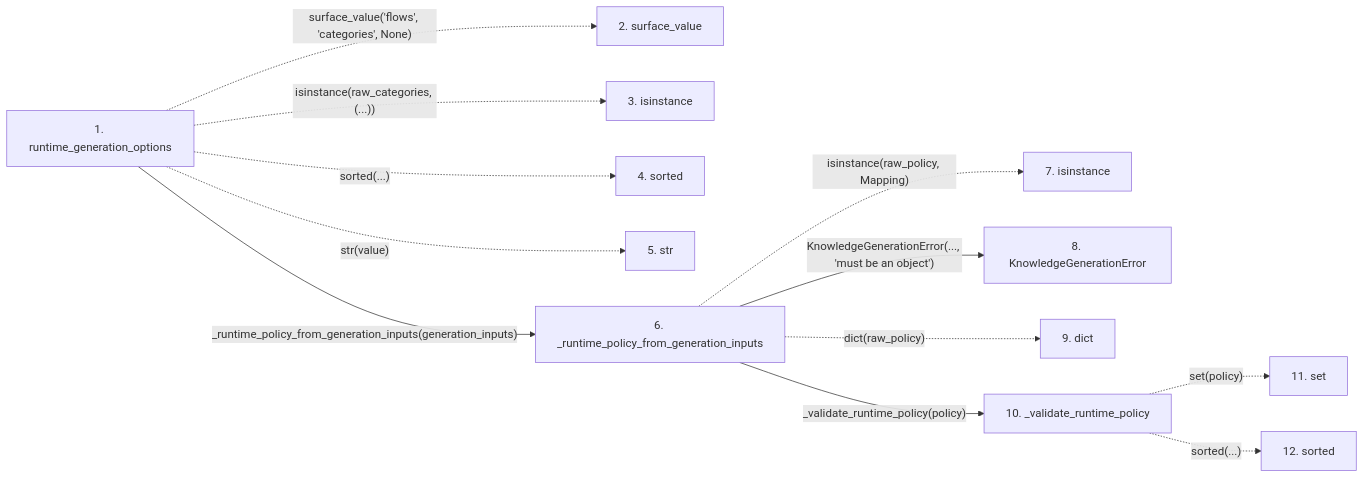
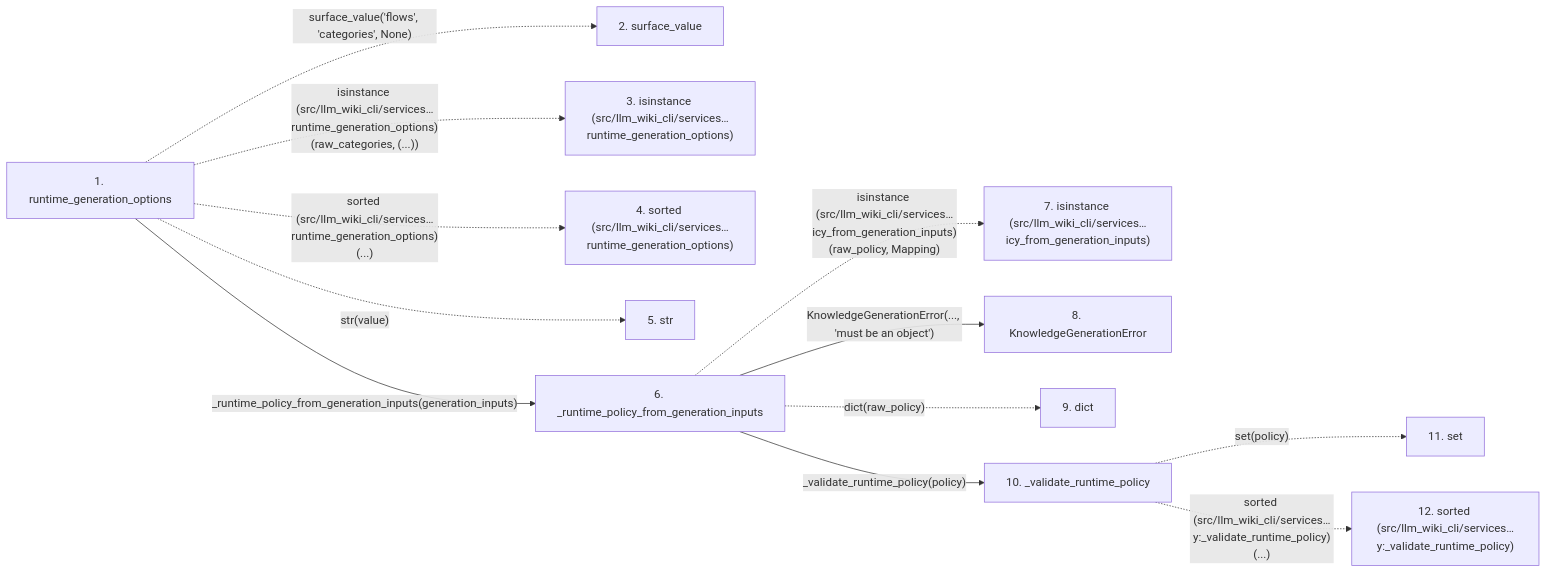
The second of 2 diagrams in docs/llm_wiki/flows/api-runtime_generation_options.md (Denissvgn/python-wiki-llm), drawn with Mermaid before and after one commit. The commit also changed other lines of this file and 719 other files, not shown here.

````diff
--- a/docs/llm_wiki/flows/api-runtime_generation_options.md
+++ b/docs/llm_wiki/flows/api-runtime_generation_options.md
@@ -58,30 +61,30 @@
 ```mermaid
 flowchart LR
     s1["1. runtime_generation_options"]
     s2["2. surface_value"]
-    s3["3. isinstance"]
-    s4["4. sorted"]
+    s3["3. isinstance (src/llm_wiki_cli/services…runtime_generation_options)"]
+    s4["4. sorted (src/llm_wiki_cli/services…runtime_generation_options)"]
     s5["5. str"]
     s6["6. _runtime_policy_from_generation_inputs"]
-    s7["7. isinstance"]
+    s7["7. isinstance (src/llm_wiki_cli/services…icy_from_generation_inputs)"]
     s8["8. KnowledgeGenerationError"]
     s9["9. dict"]
     s10["10. _validate_runtime_policy"]
     s11["11. set"]
-    s12["12. sorted"]
+    s12["12. sorted (src/llm_wiki_cli/services…y:_validate_runtime_policy)"]
     s1 -. "surface_value('flows', 'categories', None)" .-> s2
-    s1 -. "isinstance(raw_categories, (...))" .-> s3
-    s1 -. "sorted(...)" .-> s4
+    s1 -. "isinstance (src/llm_wiki_cli/services…runtime_generation_options)(raw_categories, (...))" .-> s3
+    s1 -. "sorted (src/llm_wiki_cli/services…runtime_generation_options)(...)" .-> s4
     s1 -. "str(value)" .-> s5
     s1 -->|"_runtime_policy_from_generation_inputs(generation_inputs)"| s6
-    s6 -. "isinstance(raw_policy, Mapping)" .-> s7
+    s6 -. "isinstance (src/llm_wiki_cli/services…icy_from_generation_inputs)(raw_policy, Mapping)" .-> s7
     s6 -->|"KnowledgeGenerationError(..., 'must be an object')"| s8
     s6 -. "dict(raw_policy)" .-> s9
     s6 -->|"_validate_runtime_policy(policy)"| s10
     s10 -. "set(policy)" .-> s11
-    s10 -. "sorted(...)" .-> s12
+    s10 -. "sorted (src/llm_wiki_cli/services…y:_validate_runtime_policy)(...)" .-> s12
     click s1 "../modules/knowledge_orchestration.md"
     click s6 "../modules/knowledge_orchestration.md"
     click s8 "../modules/knowledge_generation.md"
     click s10 "../modules/knowledge_orchestration.md"
 ```
````
